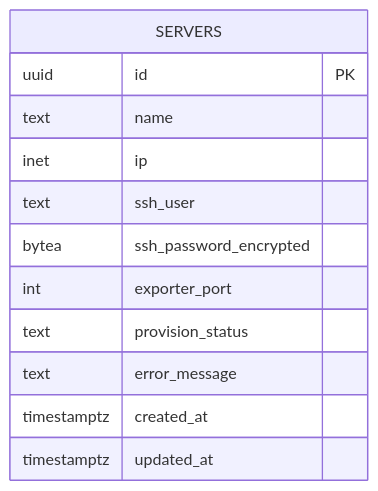
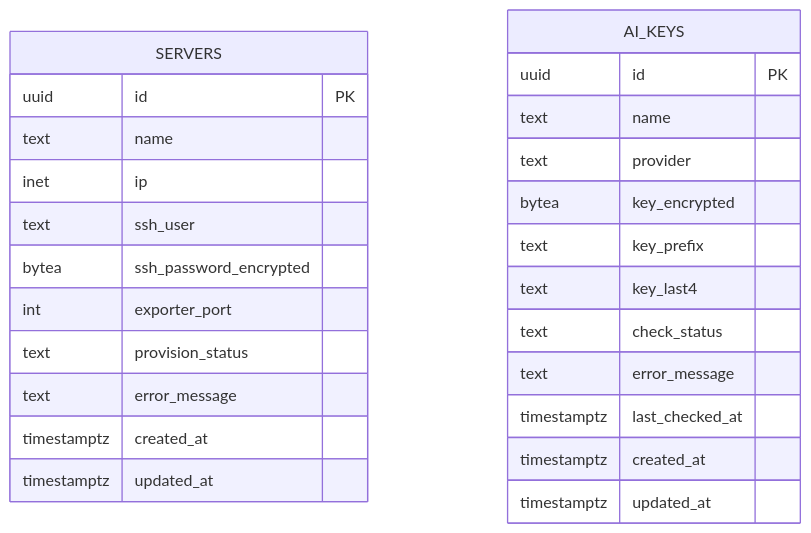
Before and after one commit to eliseiv/broad-crm: the first of 3 diagrams in docs/03-data-model.md, drawn with Mermaid. The commit also changed other lines of this file and 76 other files, not shown here.

````diff
--- a/docs/03-data-model.md
+++ b/docs/03-data-model.md
@@ -9,15 +9,28 @@
 ```mermaid
 erDiagram
     SERVERS {
         uuid id PK
         text name
         inet ip
         text ssh_user
         bytea ssh_password_encrypted
         int exporter_port
         text provision_status
         text error_message
         timestamptz created_at
         timestamptz updated_at
     }
+    AI_KEYS {
+        uuid id PK
+        text name
+        text provider
+        bytea key_encrypted
+        text key_prefix
+        text key_last4
+        text check_status
+        text error_message
+        timestamptz last_checked_at
+        timestamptz created_at
+        timestamptz updated_at
+    }
 ```
````
